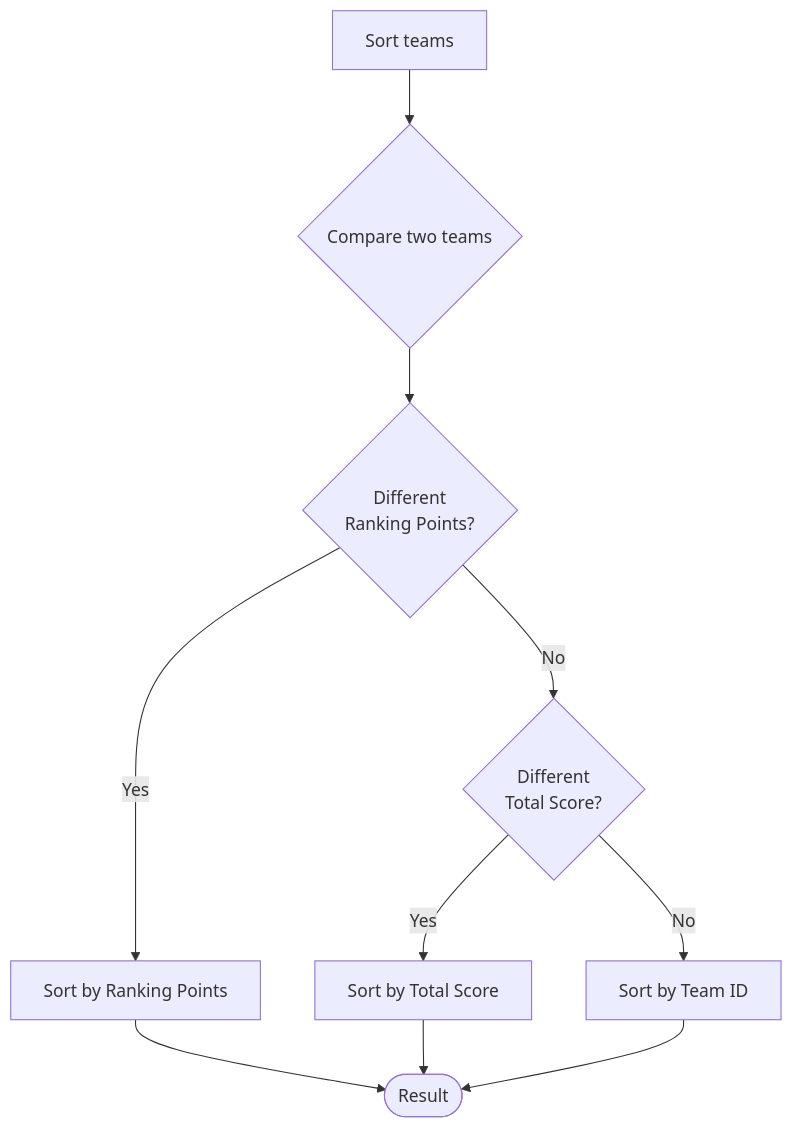
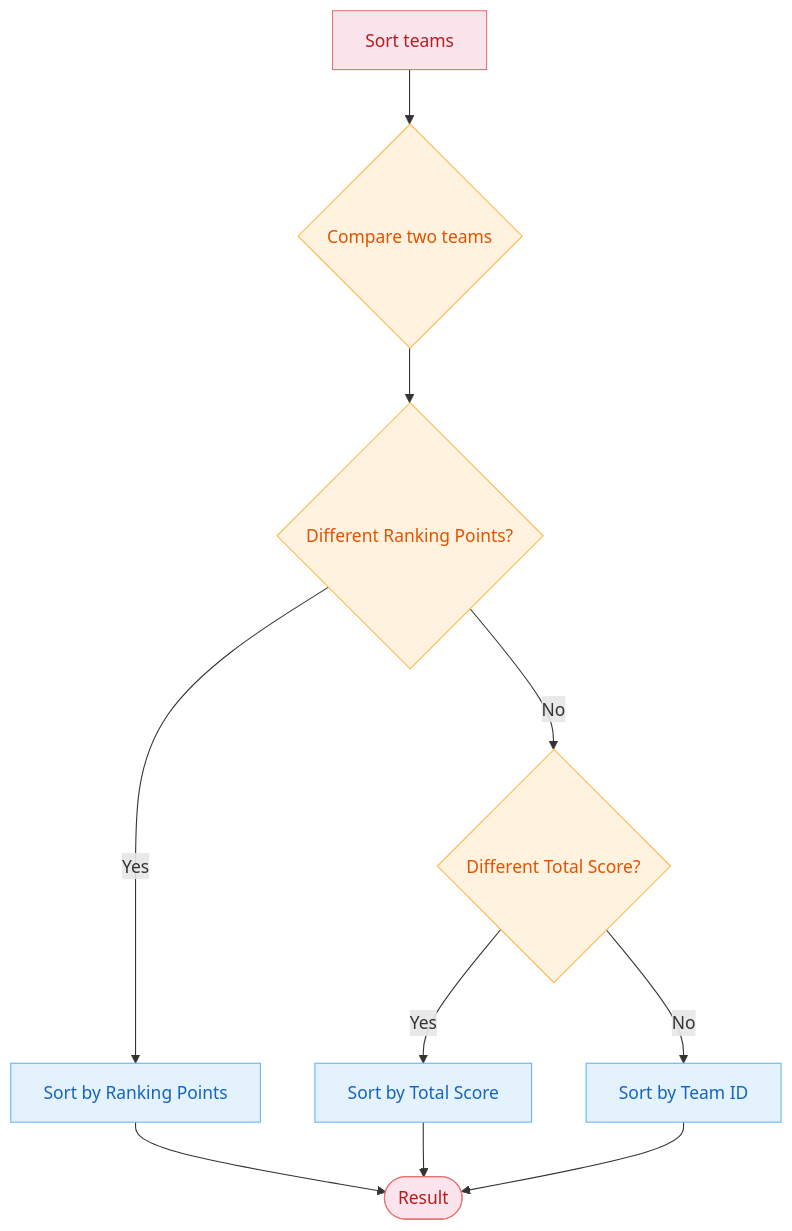
One commit to khanhthanhdev/CompSys changed diagram 13 of 18 in README.md. Above: the diagram before and after it, drawn with Mermaid. The commit also changed other lines of this file and 8 other files, not shown here.

````diff
--- a/README.md
+++ b/README.md
@@ -388,15 +452,19 @@
 ```mermaid
 flowchart TD
-    Start[Sort teams] --> Compare{Compare two teams}
+    classDef startEnd fill:#fce4ec,stroke:#e57373,color:#b71c1c
+    classDef process fill:#e3f2fd,stroke:#64b5f6,color:#1565c0
+    classDef decision fill:#fff3e0,stroke:#ffb74d,color:#e65100
+
+    Start[Sort teams]:::startEnd --> Compare{Compare two teams}:::decision
     
-    Compare --> DiffRP{Different<br/>Ranking Points?}
-    DiffRP -->|Yes| ByRP[Sort by Ranking Points]
-    ByRP --> Done([Result])
+    Compare --> DiffRP{Different Ranking Points?}:::decision
+    DiffRP -->|Yes| ByRP[Sort by Ranking Points]:::process
+    ByRP --> Done([Result]):::startEnd
     
-    DiffRP -->|No| DiffScore{Different<br/>Total Score?}
-    DiffScore -->|Yes| ByScore[Sort by Total Score]
+    DiffRP -->|No| DiffScore{Different Total Score?}:::decision
+    DiffScore -->|Yes| ByScore[Sort by Total Score]:::process
     ByScore --> Done
     
-    DiffScore -->|No| ByID[Sort by Team ID]
+    DiffScore -->|No| ByID[Sort by Team ID]:::process
     ByID --> Done
 ```
````
